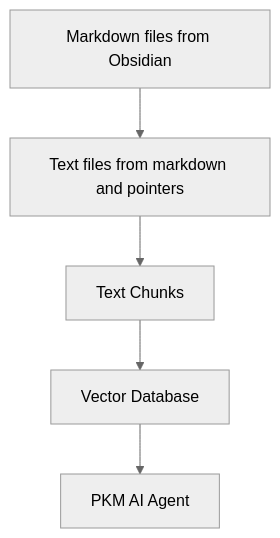
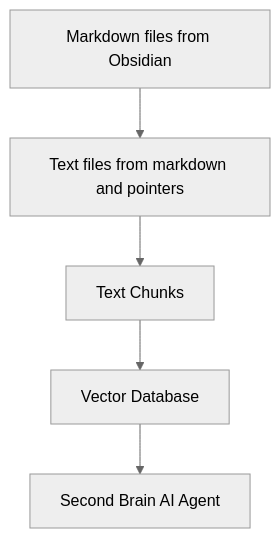
The diagram in README.md (flepied/second-brain-agent), drawn with Mermaid (neutral theme) before and after one commit. The commit also changed other lines of this file, not shown here.

````diff
--- a/README.md
+++ b/README.md
@@ -5,4 +11,4 @@
 ```mermaid
 graph TD
-A[Markdown files from Obsidian]-->B[Text files from markdown and pointers]-->C[Text Chunks]-->D[Vector Database]-->E[PKM AI Agent]
+A[Markdown files from Obsidian]-->B[Text files from markdown and pointers]-->C[Text Chunks]-->D[Vector Database]-->E[Second Brain AI Agent]
 ```
````
